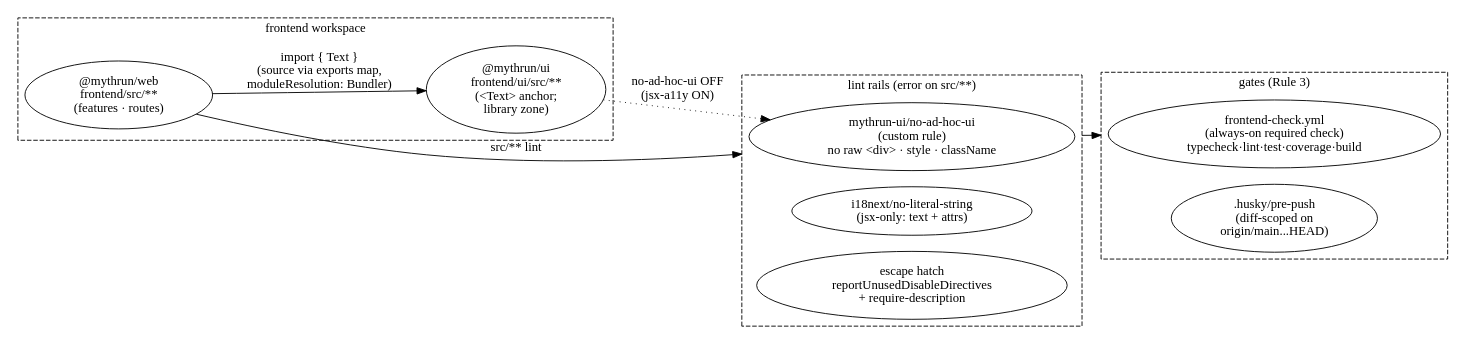
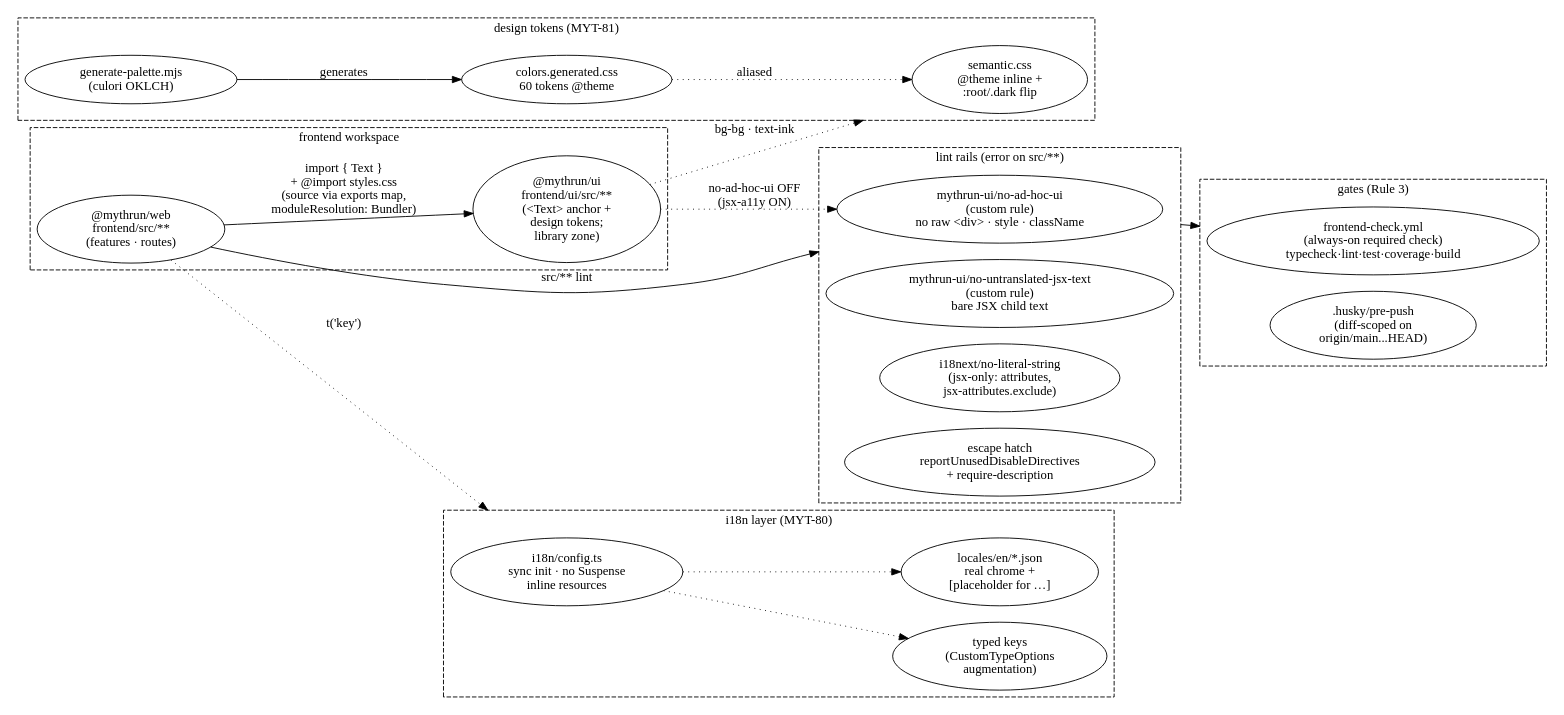
Before and after one commit to mythrun/mythrun: the diagram in docs/wiki/diagrams/frontend/foundation.dot, drawn with Graphviz. The commit also changed 2 other files, not shown here.

Commit message:
docs(wiki): sync for MYT-80 + MYT-81 — frontend i18n + design tokens
Fold both Day-2 frontend-foundation issues into frontend/index.html: rewrite
the Rule 1 lint story around the two cooperating no-hardcoded-strings rails (the
new custom mythrun-ui/no-untranslated-jsx-text JSX-child rail + the corrected
attribute-only i18next rail using jsx-attributes.exclude), and add two new
sections — the i18n layer (sync init / no Suspense, typed keys via the i18next
CustomTypeOptions augmentation, the [placeholder for …] convention + i18n:todo)
and the design tokens (60-color OKLCH palette with the culori generator, the
@theme inline dark-flip, self-hosted Source Serif 4 / IBM Plex Mono, and the
token gate). Extend the foundation diagram with i18n and token clusters, refresh
source declarations and the appendix rails table, and bump last-ticket to MYT-81.

```diff
--- a/docs/wiki/diagrams/frontend/foundation.dot
+++ b/docs/wiki/diagrams/frontend/foundation.dot
@@ -1,48 +1,81 @@
 digraph frontend_foundation {
-  // The frontend foundation: two workspace packages and the lint rails that
-  // gate feature code before any UI is built. @mythrun/web (feature/route code)
-  // consumes @mythrun/ui as SOURCE through the exports map. Feature code under
-  // src/** must pass two rails — no ad-hoc UI, no hardcoded strings — enforced
-  // identically by the frontend-check CI workflow and the diff-scoped pre-push
-  // section. The library zone (frontend/ui/**) is exempt: raw elements live there.
+  // The frontend foundation: two workspace packages, the lint rails that gate
+  // feature code, the i18n layer every string flows through, and the design
+  // tokens every component consumes. @mythrun/web (feature/route code) consumes
+  // @mythrun/ui as SOURCE through the exports map — both its TS primitives and
+  // its styles.css token layer. Feature code under src/** must pass the rails:
+  // no ad-hoc UI, and two cooperating no-hardcoded-strings rails (JSX-child text
+  // + attributes). Rails are enforced identically by the frontend-check CI
+  // workflow and the diff-scoped pre-push section. The library zone
+  // (frontend/ui/**) is exempt: raw elements and tokens live there.
   rankdir=LR;
   compound=true;
 
   subgraph cluster_ws {
     label="frontend workspace";
     style="dashed";
     color="ember";
     fontcolor="ember";
 
     web [label="@mythrun/web\nfrontend/src/**\n(features · routes)", color="ember", fontcolor="ember"];
-    ui  [label="@mythrun/ui\nfrontend/ui/src/**\n(<Text> anchor;\nlibrary zone)"];
-    web -> ui [label="import { Text }\n(source via exports map,\nmoduleResolution: Bundler)"];
+    ui  [label="@mythrun/ui\nfrontend/ui/src/**\n(<Text> anchor +\ndesign tokens;\nlibrary zone)"];
+    web -> ui [label="import { Text }\n+ @import styles.css\n(source via exports map,\nmoduleResolution: Bundler)"];
+  }
+
+  subgraph cluster_i18n {
+    label="i18n layer (MYT-80)";
+    style="dashed";
+    color="ember";
+    fontcolor="ember";
+
+    cfg  [label="i18n/config.ts\nsync init · no Suspense\ninline resources"];
+    keys [label="typed keys\n(CustomTypeOptions\naugmentation)"];
+    loc  [label="locales/en/*.json\nreal chrome +\n[placeholder for …]"];
+    cfg -> keys [style="dotted"];
+    cfg -> loc  [style="dotted"];
+  }
+
+  subgraph cluster_tokens {
+    label="design tokens (MYT-81)";
+    style="dashed";
+    color="ember";
+    fontcolor="ember";
+
+    gen  [label="generate-palette.mjs\n(culori OKLCH)"];
+    pal  [label="colors.generated.css\n60 tokens @theme"];
+    sem  [label="semantic.css\n@theme inline +\n:root/.dark flip"];
+    gen -> pal [label="generates"];
+    pal -> sem [style="dotted", label="aliased"];
   }
 
   subgraph cluster_rails {
     label="lint rails (error on src/**)";
     style="dashed";
     color="ember";
     fontcolor="ember";
 
     adhoc [label="mythrun-ui/no-ad-hoc-ui\n(custom rule)\nno raw <div> · style · className"];
-    i18n  [label="i18next/no-literal-string\n(jsx-only: text + attrs)"];
+    jsxt  [label="mythrun-ui/no-untranslated-jsx-text\n(custom rule)\nbare JSX child text"];
+    i18n  [label="i18next/no-literal-string\n(jsx-only: attributes,\njsx-attributes.exclude)"];
     hatch [label="escape hatch\nreportUnusedDisableDirectives\n+ require-description"];
   }
 
   subgraph cluster_gates {
     label="gates (Rule 3)";
     style="dashed";
     color="ember";
     fontcolor="ember";
 
     ci   [label="frontend-check.yml\n(always-on required check)\ntypecheck·lint·test·coverage·build"];
     hook [label=".husky/pre-push\n(diff-scoped on\norigin/main...HEAD)"];
   }
 
+  web -> cfg   [lhead=cluster_i18n, style="dotted", label="t('key')"];
+  ui  -> sem   [lhead=cluster_tokens, style="dotted", label="bg-bg · text-ink"];
+
   web -> adhoc [lhead=cluster_rails, label="src/** lint"];
   ui  -> adhoc [style="dotted", label="no-ad-hoc-ui OFF\n(jsx-a11y ON)"];
 
   adhoc -> ci   [ltail=cluster_rails, lhead=cluster_gates];
   i18n  -> hook [style="invis"];
 }
```
